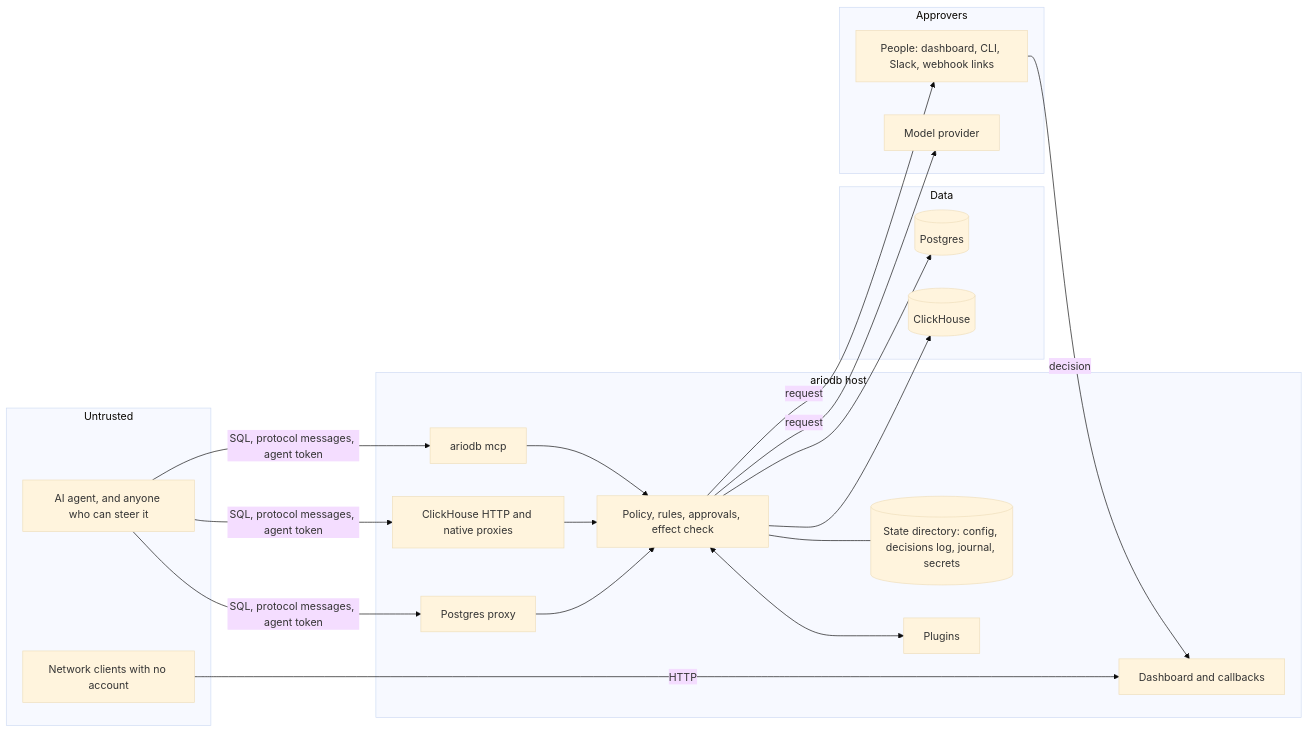
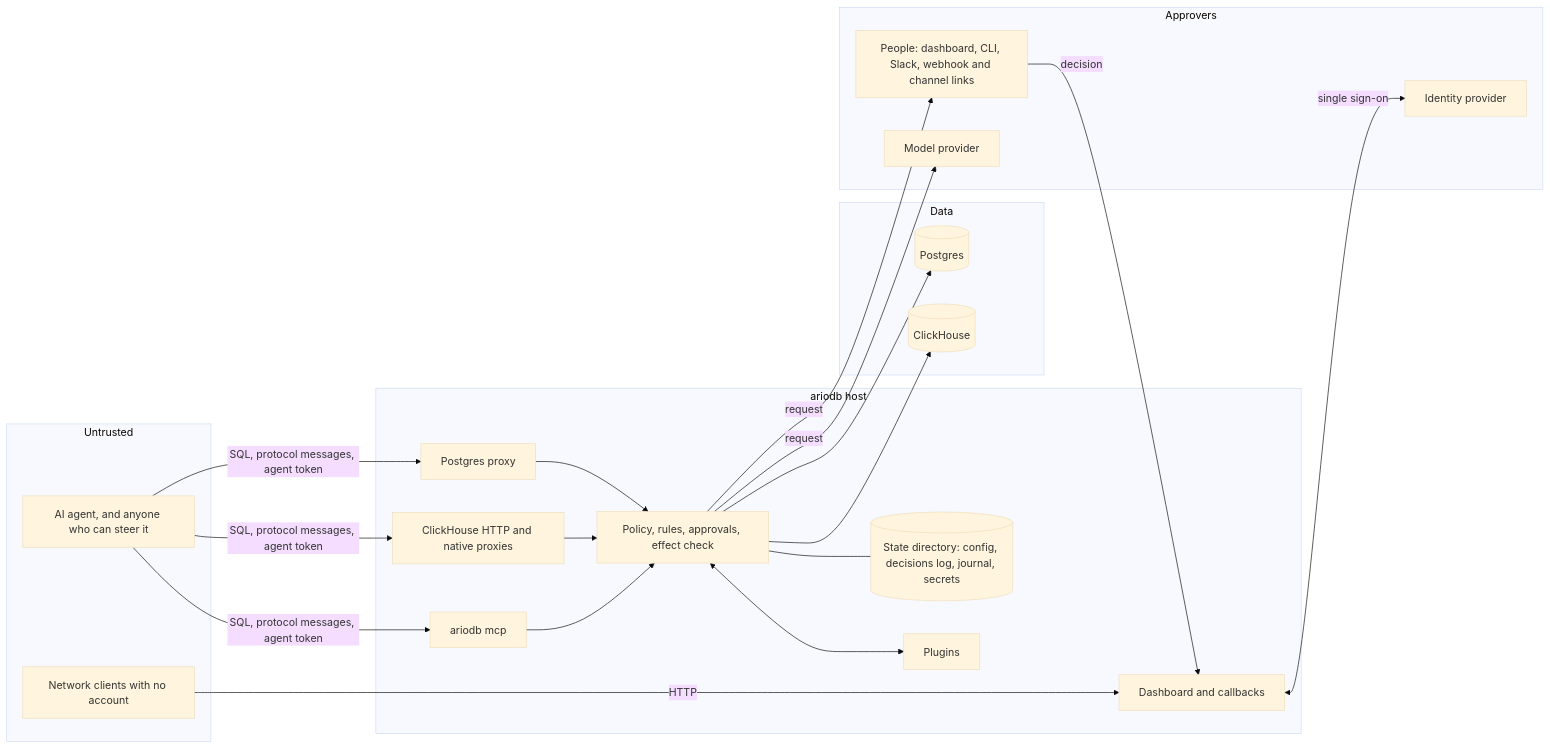
Before and after one commit to ariostacks/ariodb: the diagram in docs/security-model.md, drawn with Mermaid (base theme). The commit also changed other lines of this file and 15 other files, not shown here.

First line of the commit message:
Document chat, paging and email approvers, single sign-on and roles, ClickHouse native inserts and agent.credential

````diff
--- a/docs/security-model.md
+++ b/docs/security-model.md
@@ -12,32 +12,34 @@
 ```mermaid
 flowchart LR
     subgraph Untrusted
         A[AI agent, and anyone who can steer it]
         N[Network clients with no account]
     end
     subgraph host ["ariodb host"]
         P[Postgres proxy]
         C[ClickHouse HTTP and native proxies]
         M[ariodb mcp]
         G[Policy, rules, approvals, effect check]
         D[Dashboard and callbacks]
         S[(State directory: config, decisions log, journal, secrets)]
         PL[Plugins]
     end
     subgraph Data
         DB[(Postgres)]
         CH[(ClickHouse)]
     end
     subgraph Approvers
-        H[People: dashboard, CLI, Slack, webhook links]
+        H[People: dashboard, CLI, Slack, webhook and channel links]
         LLM[Model provider]
+        IDP[Identity provider]
     end
     A -->|SQL, protocol messages, agent token| P & C & M
     P & C & M --> G
     G --> DB & CH
     G <--> PL
     G -->|request| H & LLM
     N -->|HTTP| D
     H -->|decision| D
+    D <-->|single sign-on| IDP
     G --- S
 ```
````
